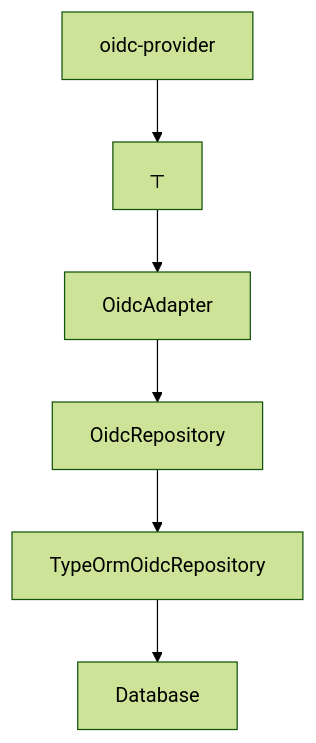
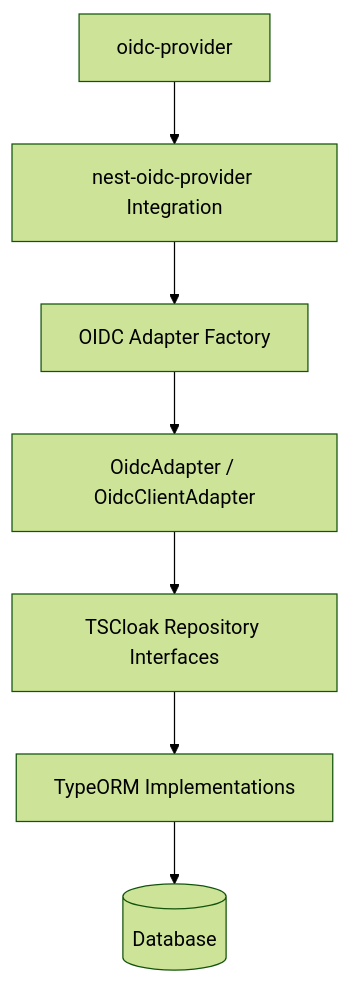
Diagram 13 of 18 in README.md (TechSivaram/tscloak), drawn with Mermaid (forest theme) before and after one commit. The commit also changed other lines of this file, not shown here.

Commit message:
TSCloak → nest-oidc-provider → oidc-provider

````diff
--- a/README.md
+++ b/README.md
@@ -759,9 +765,9 @@
 ```mermaid
 flowchart TD
-    N0["oidc-provider"] --> N1
-    N1["┬"] --> N2
-    N2["OidcAdapter"] --> N3
-    N3["OidcRepository"] --> N4
-    N4["TypeOrmOidcRepository"] --> N5
-    N5["Database"]
+    A["oidc-provider"] --> B["nest-oidc-provider Integration"]
+    B --> C["OIDC Adapter Factory"]
+    C --> D["OidcAdapter / OidcClientAdapter"]
+    D --> E["TSCloak Repository Interfaces"]
+    E --> F["TypeORM Implementations"]
+    F --> G[("Database")]
 ```
````
